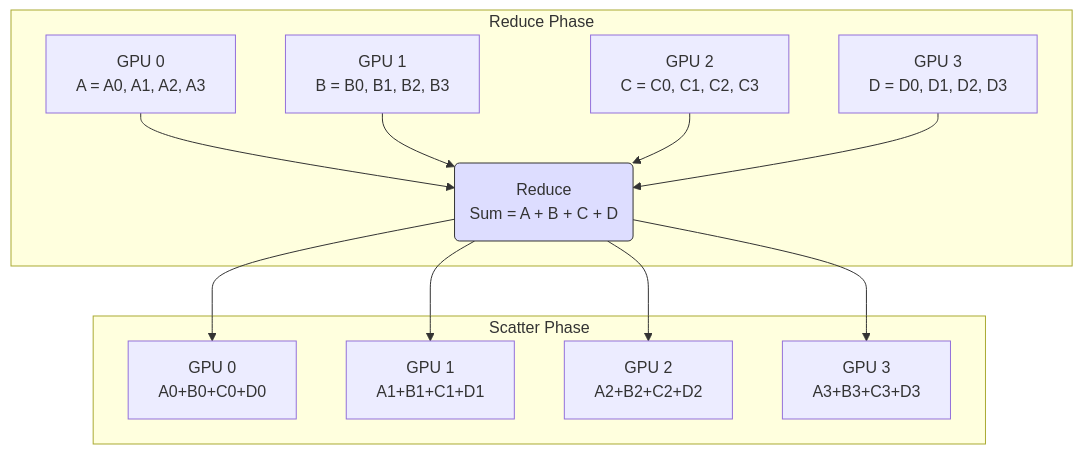
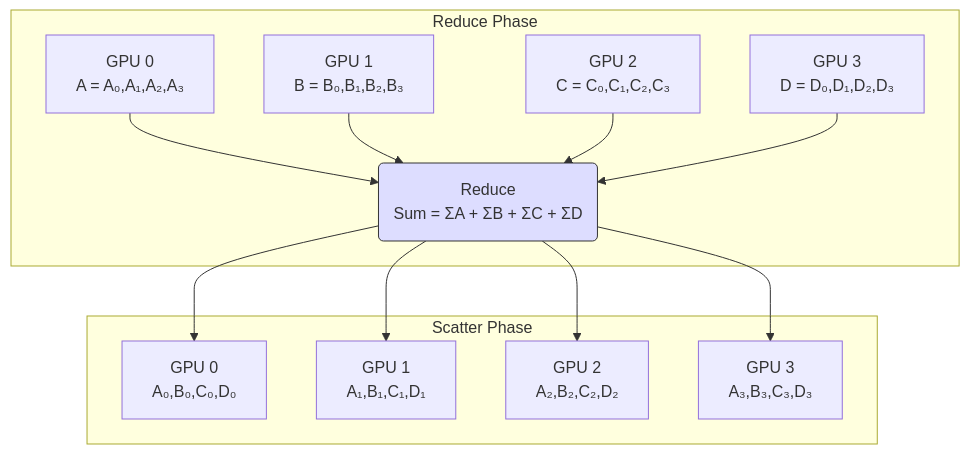
One commit to jianzhnie/ScaleTorch changed the sixth of 8 diagrams in doc/分布式集合通信和通信原语.md. Above: the diagram before and after it, drawn with Mermaid. The commit also changed other lines of this file, not shown here.

````diff
--- a/doc/分布式集合通信和通信原语.md
+++ b/doc/分布式集合通信和通信原语.md
@@ -161,16 +161,16 @@
 ```mermaid
 graph TD
     subgraph Reduce Phase
-        A[GPU 0 <br> A = A0, A1, A2, A3] --> R(Reduce  <br> Sum = A + B + C + D)
-        B[GPU 1 <br> B = B0, B1, B2, B3] --> R
-        C[GPU 2 <br> C = C0, C1, C2, C3] --> R
-        D[GPU 3 <br> D = D0, D1, D2, D3] --> R
+        A[GPU 0 <br> A = A₀,A₁,A₂,A₃] --> R(Reduce  <br> Sum = ΣA + ΣB + ΣC + ΣD)
+        B[GPU 1 <br> B = B₀,B₁,B₂,B₃] --> R
+        C[GPU 2 <br> C = C₀,C₁,C₂,C₃] --> R
+        D[GPU 3 <br> D = D₀,D₁,D₂,D₃] --> R
     end
     subgraph Scatter Phase
-        R --> E[GPU 0 <br> A0+B0+C0+D0]
-        R --> F[GPU 1 <br> A1+B1+C1+D1]
-        R --> G[GPU 2 <br> A2+B2+C2+D2]
-        R --> H[GPU 3 <br> A3+B3+C3+D3]
+        R --> E[GPU 0 <br> A₀,B₀,C₀,D₀]
+        R --> F[GPU 1 <br> A₁,B₁,C₁,D₁]
+        R --> G[GPU 2 <br> A₂,B₂,C₂,D₂]
+        R --> H[GPU 3 <br> A₃,B₃,C₃,D₃]
     end
     style R fill:#ddf,stroke:#333
 ```
````
